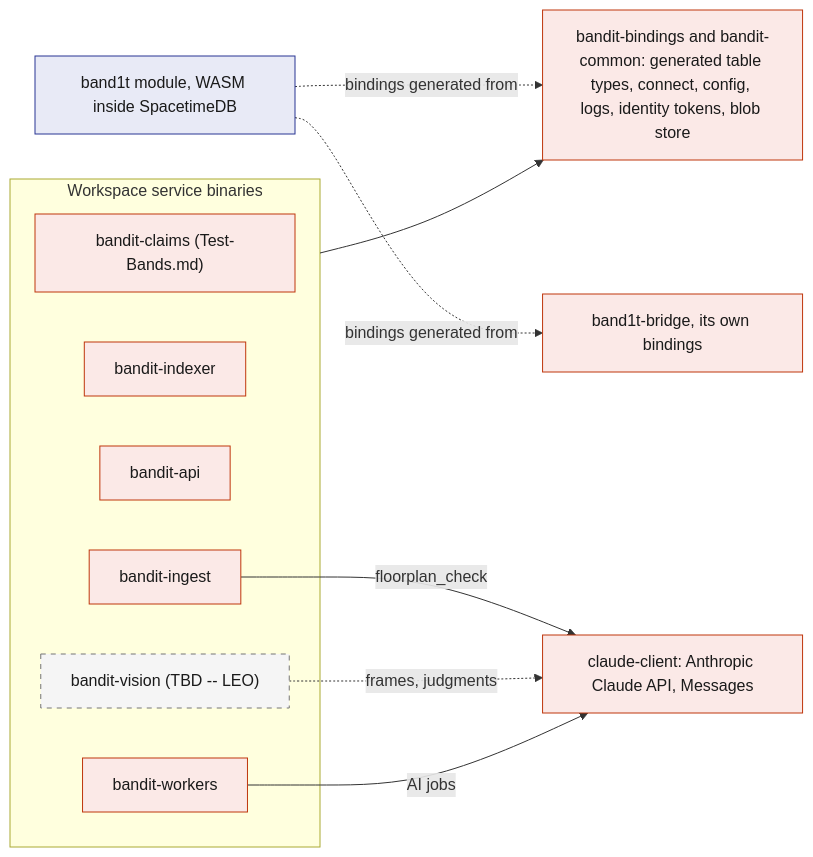
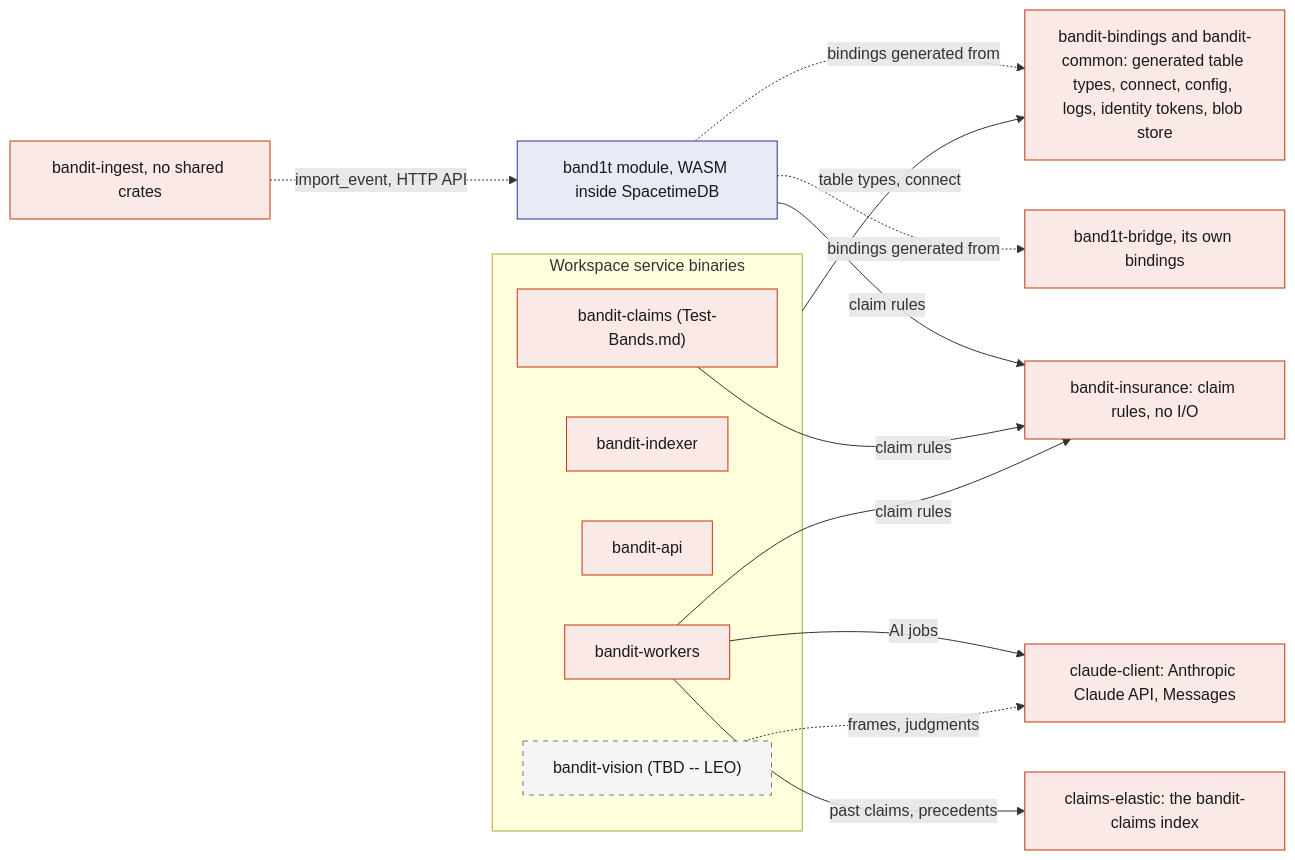
One commit to viktorinkov/cal-hacks-13 changed the first of 4 diagrams in System Design/3-services/Rust-Backend.md. Above: the diagram before and after it, drawn with Mermaid. The commit also changed other lines of this file and 5 other files, not shown here.

````diff
--- a/System Design/3-services/Rust-Backend.md
+++ b/System Design/3-services/Rust-Backend.md
@@ -48,29 +50,35 @@
 ```mermaid
 flowchart LR
   Module["band1t module, WASM inside SpacetimeDB"]
   Bridge["band1t-bridge, its own bindings"]
   subgraph Services["Workspace service binaries"]
     Sim["bandit-claims (Test-Bands.md)"]
     Indexer["bandit-indexer"]
     API["bandit-api"]
-    Ingest["bandit-ingest"]
     Vision["bandit-vision (TBD -- LEO)"]
     Workers["bandit-workers"]
   end
+  Ingest["bandit-ingest, no shared crates"]
   Shared["bandit-bindings and bandit-common: generated table types, connect, config, logs, identity tokens, blob store"]
+  Rules["bandit-insurance: claim rules, no I/O"]
+  ClaimsES["claims-elastic: the bandit-claims index"]
   ClaudeC["claude-client: Anthropic Claude API, Messages"]
 
   Module -.->|"bindings generated from"| Shared
   Module -.->|"bindings generated from"| Bridge
-  Services --> Shared
-  Ingest -->|"floorplan_check"| ClaudeC
+  Services -->|"table types, connect"| Shared
+  Module -->|"claim rules"| Rules
+  Sim -->|"claim rules"| Rules
+  Workers -->|"claim rules"| Rules
+  Workers -->|"past claims, precedents"| ClaimsES
+  Workers -->|"AI jobs"| ClaudeC
   Vision -.->|"frames, judgments"| ClaudeC
-  Workers -->|"AI jobs"| ClaudeC
+  Ingest -.->|"import_event, HTTP API"| Module
 
   classDef rust fill:#FBE9E7,stroke:#BF360C,color:#1A1A1A
   classDef stdb fill:#E8EAF6,stroke:#283593,color:#1A1A1A
   classDef tbd fill:#F5F5F5,stroke:#757575,color:#1A1A1A,stroke-dasharray:5 5
-  class ClaudeC,Shared,Bridge,Sim,Ingest,Indexer,API,Workers rust
+  class ClaudeC,Shared,Rules,ClaimsES,Bridge,Sim,Ingest,Indexer,API,Workers rust
   class Module stdb
   class Vision tbd
 ```
````
